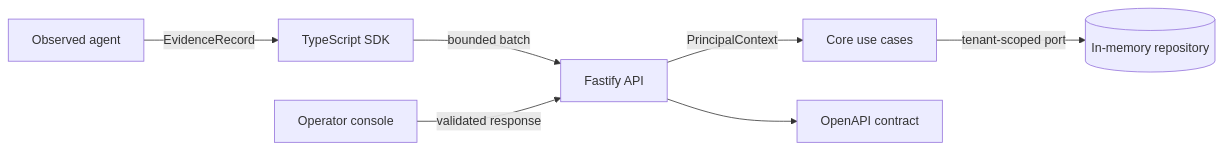
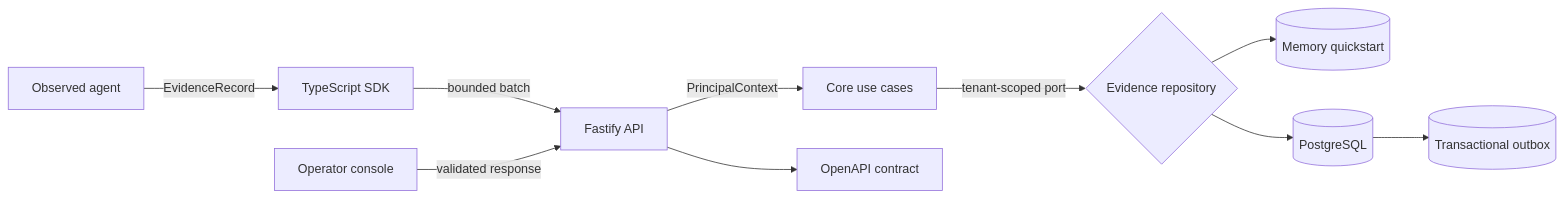
The diagram in README.md (Kwondh0321/proofstack), drawn with Mermaid before and after one commit. The commit also changed other lines of this file and 4 other files, not shown here.

````diff
--- a/README.md
+++ b/README.md
@@ -48,9 +51,12 @@
 ```mermaid
 flowchart LR
     A[Observed agent] -->|EvidenceRecord| S[TypeScript SDK]
     S -->|bounded batch| H[Fastify API]
     H -->|PrincipalContext| C[Core use cases]
-    C -->|tenant-scoped port| R[(In-memory repository)]
+    C -->|tenant-scoped port| R{Evidence repository}
+    R --> M[(Memory quickstart)]
+    R --> P[(PostgreSQL)]
+    P --> X[(Transactional outbox)]
     W[Operator console] -->|validated response| H
     H --> O[OpenAPI contract]
 ```
````
